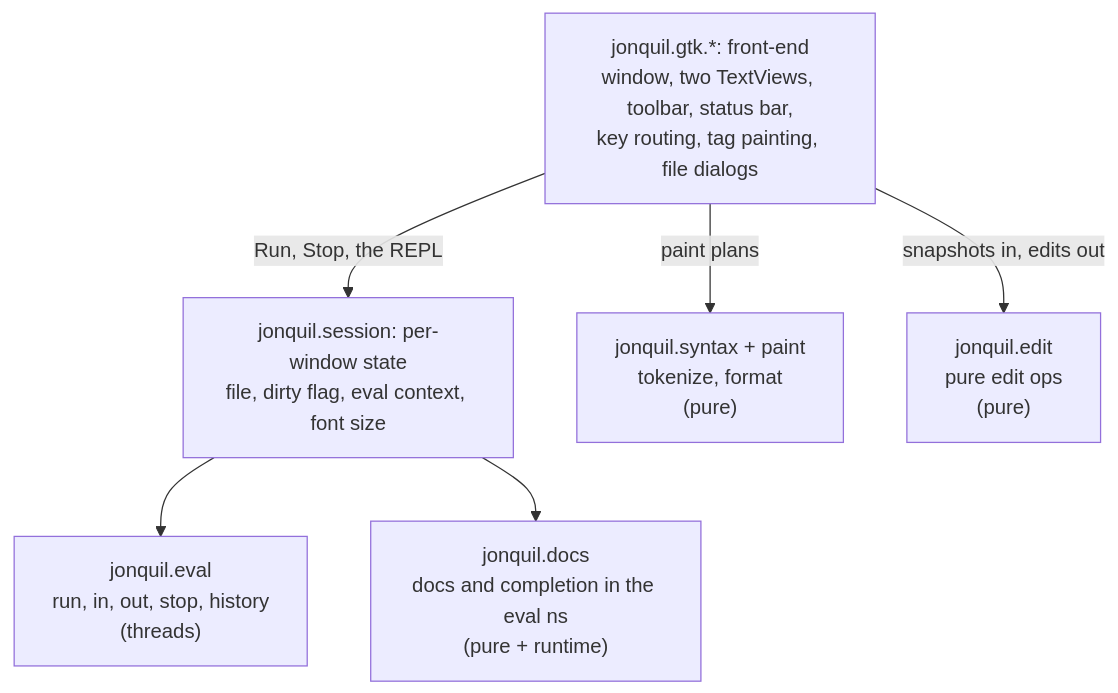
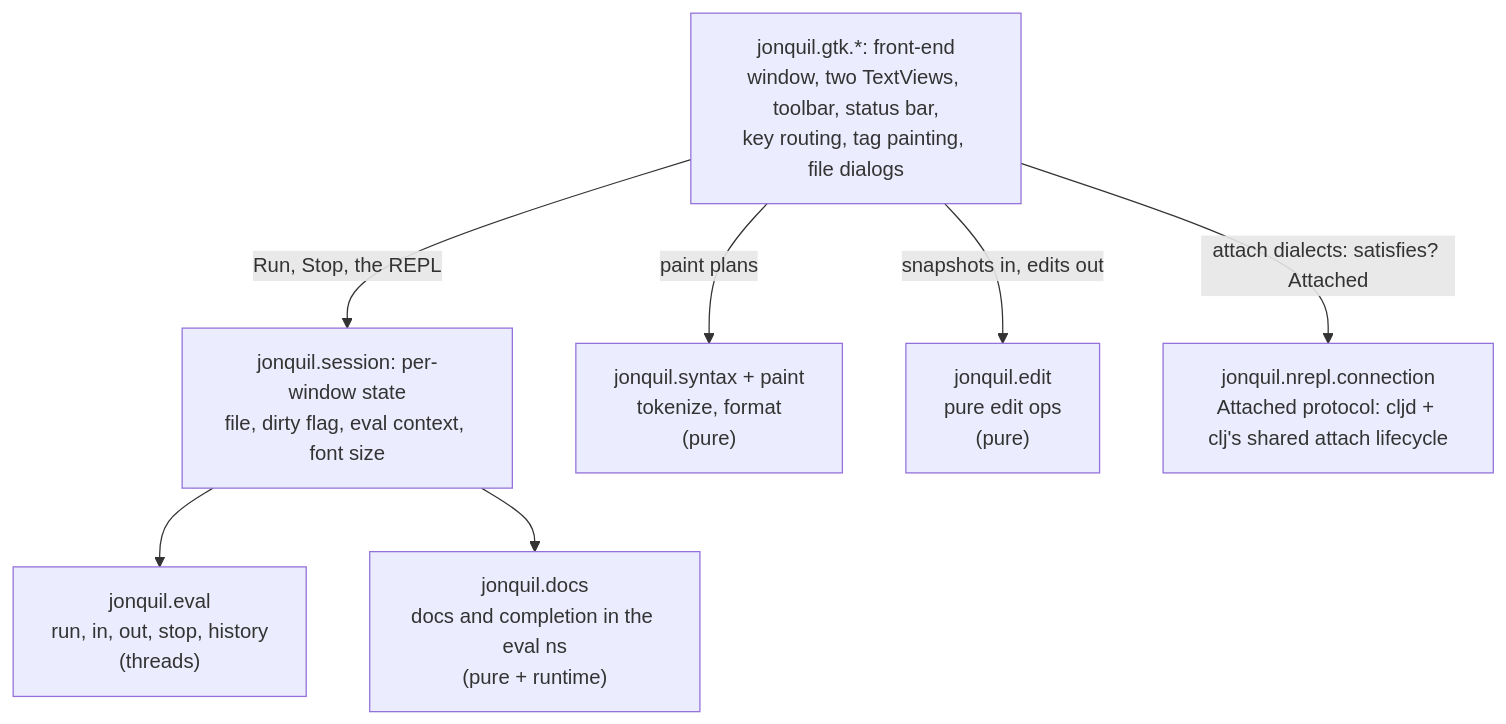
One commit to b12n-oss/jonquil changed the first of 4 diagrams in docs/guide/architecture.md. Above: the diagram before and after it, drawn with Mermaid. The commit also changed other lines of this file and 3 other files, not shown here.

Commit message:
docs: JVM Clojure attach dialect, bb test:clj, current counts

````diff
--- a/docs/guide/architecture.md
+++ b/docs/guide/architecture.md
@@ -7,14 +7,16 @@
 ```mermaid
 flowchart TD
   gtk["jonquil.gtk.*: front-end<br/>window, two TextViews, toolbar, status bar,<br/>key routing, tag painting, file dialogs"]
   session["jonquil.session: per-window state<br/>file, dirty flag, eval context, font size"]
   syntax["jonquil.syntax + paint<br/>tokenize, format<br/>(pure)"]
   edit["jonquil.edit<br/>pure edit ops<br/>(pure)"]
   eval["jonquil.eval<br/>run, in, out, stop, history<br/>(threads)"]
   docs["jonquil.docs<br/>docs and completion in the eval ns<br/>(pure + runtime)"]
+  connection["jonquil.nrepl.connection<br/>Attached protocol: cljd + clj's shared attach lifecycle"]
   gtk -- "snapshots in, edits out" --> edit
   gtk -- "paint plans" --> syntax
   gtk -- "Run, Stop, the REPL" --> session
+  gtk -- "attach dialects: satisfies? Attached" --> connection
   session --> eval
   session --> docs
 ```
````
